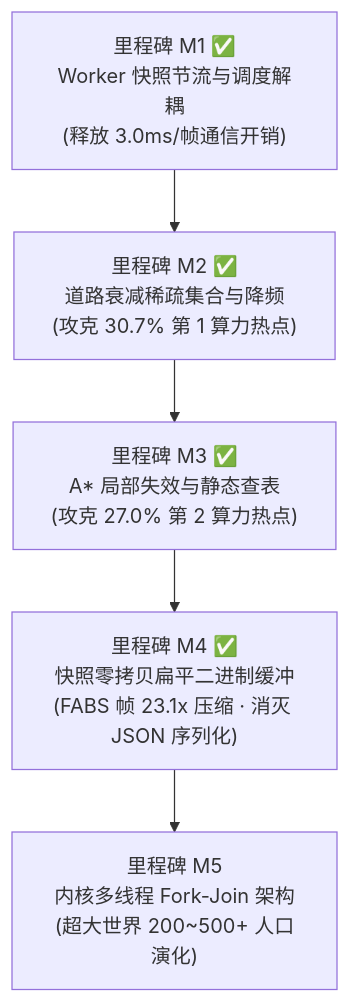
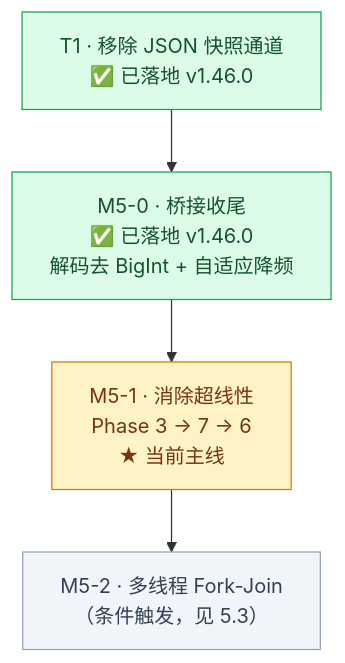
Before and after one commit to g39088902/FlowAndAccord: the diagram in docs/16-plan-performance-optimization.md, drawn with Mermaid. The commit also changed other lines of this file and 52 other files, not shown here.

````diff
--- a/docs/16-plan-performance-optimization.md
+++ b/docs/16-plan-performance-optimization.md
@@ -58,7 +314,12 @@
 ```mermaid
 graph TD
-    M1["里程碑 M1 ✅<br/>Worker 快照节流与调度解耦<br/>(释放 3.0ms/帧通信开销)"] --> M2["里程碑 M2 ✅<br/>道路衰减稀疏集合与降频<br/>(攻克 30.7% 第 1 算力热点)"]
-    M2 --> M3["里程碑 M3 ✅<br/>A* 局部失效与静态查表<br/>(攻克 27.0% 第 2 算力热点)"]
-    M3 --> M4["里程碑 M4 ✅<br/>快照零拷贝扁平二进制缓冲<br/>(FABS 帧 23.1x 压缩 · 消灭 JSON 序列化)"]
-    M4 --> M5["里程碑 M5<br/>内核多线程 Fork-Join 架构<br/>(超大世界 200~500+ 人口演化)"]
+    T1["T1 · 移除 JSON 快照通道<br/>✅ 已落地 v1.46.0"]
+    M50["M5-0 · 桥接收尾<br/>✅ 已落地 v1.46.0<br/>解码去 BigInt + 自适应降频"]
+    M51["M5-1 · 消除超线性<br/>Phase 3 → 7 → 6<br/>★ 当前主线"]
+    M52["M5-2 · 多线程 Fork-Join<br/>（条件触发，见 5.3）"]
+    T1 --> M50 --> M51 --> M52
+    style T1 fill:#dcfce7,stroke:#16a34a,color:#14532d
+    style M50 fill:#dcfce7,stroke:#16a34a,color:#14532d
+    style M51 fill:#fef3c7,stroke:#d97706,color:#78350f
+    style M52 fill:#f1f5f9,stroke:#94a3b8,color:#334155
 ```
````
